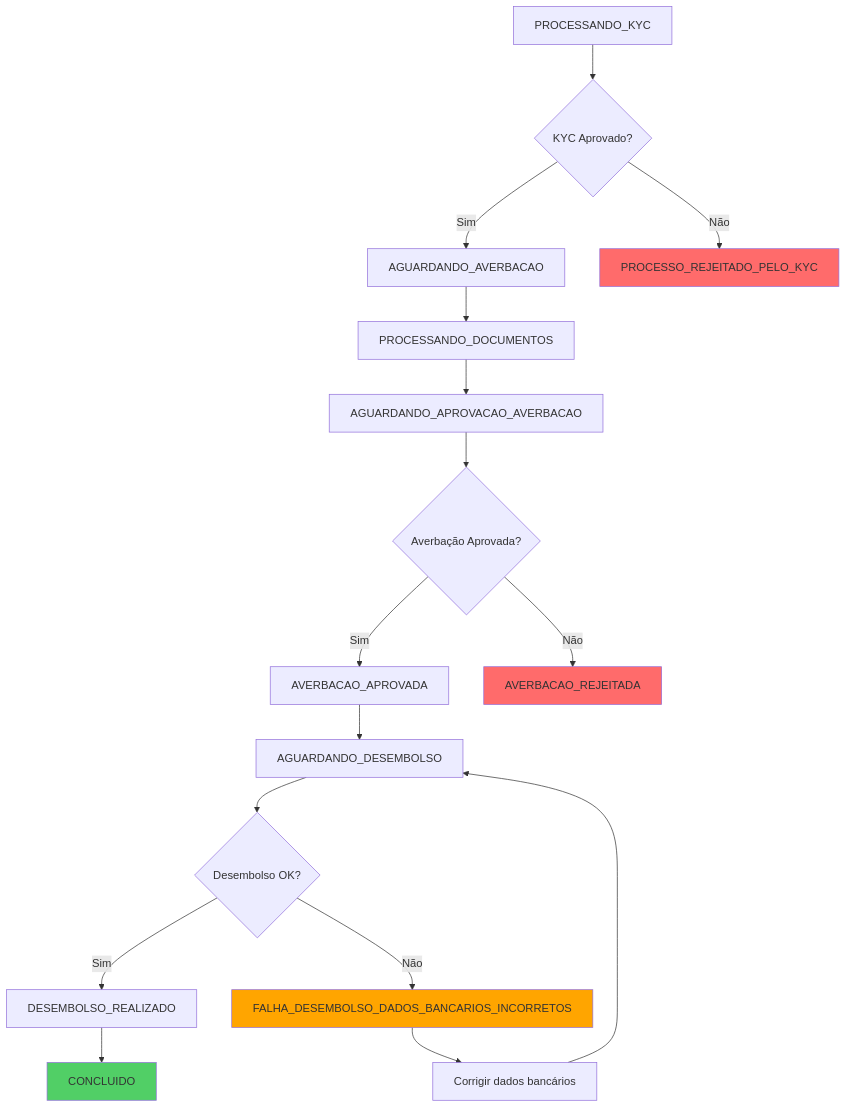
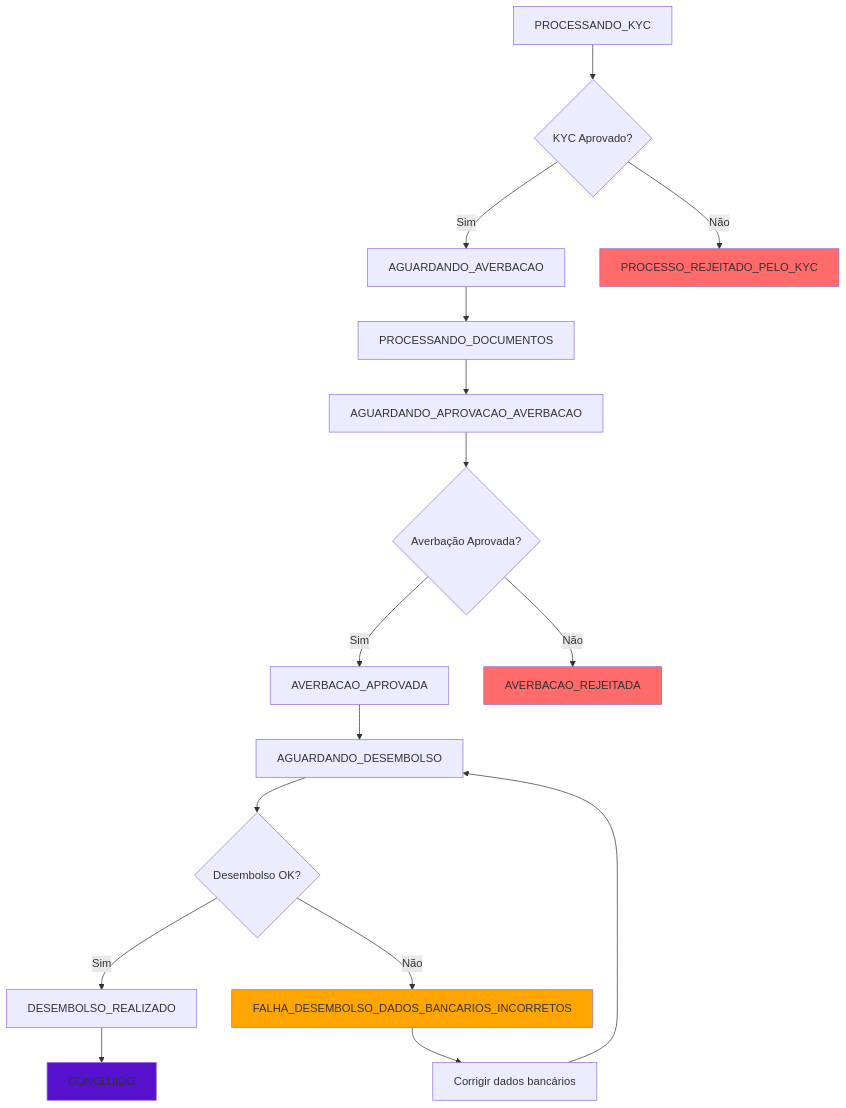
Before and after one commit to amandamussio/docs: the diagram in e-consignado/casos-de-uso/contratação-ativa/webhooks-e-eventos/03-evento-de-resultado-de-proposta.mdx, drawn with Mermaid. The commit also changed other lines of this file, not shown here.

````diff
--- a/e-consignado/casos-de-uso/contratação-ativa/webhooks-e-eventos/03-evento-de-resultado-de-proposta.mdx
+++ b/e-consignado/casos-de-uso/contratação-ativa/webhooks-e-eventos/03-evento-de-resultado-de-proposta.mdx
@@ -136,23 +129,23 @@
 ```mermaid
 graph TD
     A[PROCESSANDO_KYC] --> B{KYC Aprovado?}
     B -->|Sim| C[AGUARDANDO_AVERBACAO]
     B -->|Não| D[PROCESSO_REJEITADO_PELO_KYC]
     C --> E[PROCESSANDO_DOCUMENTOS]
     E --> F[AGUARDANDO_APROVACAO_AVERBACAO]
     F --> G{Averbação Aprovada?}
     G -->|Sim| H[AVERBACAO_APROVADA]
     G -->|Não| I[AVERBACAO_REJEITADA]
     H --> J[AGUARDANDO_DESEMBOLSO]
     J --> K{Desembolso OK?}
     K -->|Sim| L[DESEMBOLSO_REALIZADO]
     K -->|Não| M[FALHA_DESEMBOLSO_DADOS_BANCARIOS_INCORRETOS]
     M --> N[Corrigir dados bancários]
     N --> J
     L --> O[CONCLUIDO]
     
     style D fill:#ff6b6b
     style I fill:#ff6b6b
     style M fill:#ffa500
-    style O fill:#51cf66
+    style O fill:#51cf
 ```
````
